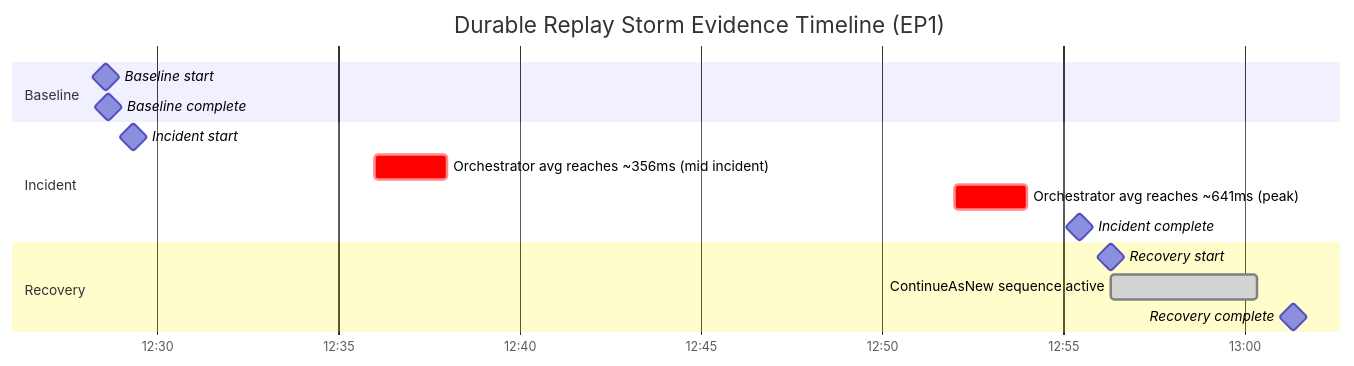
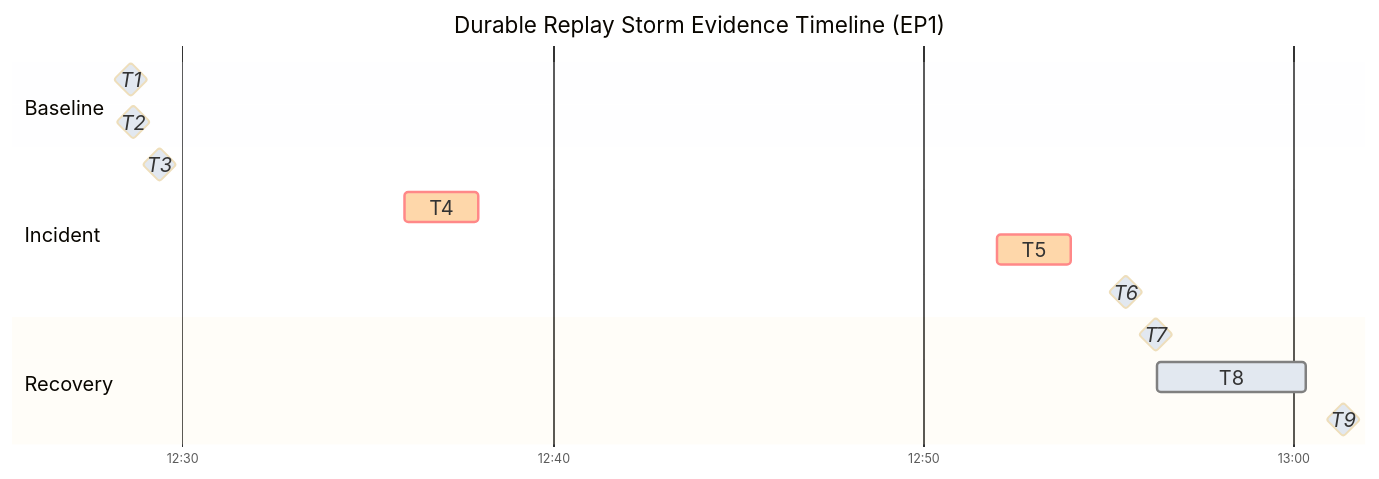
The sixth of 6 diagrams in docs/troubleshooting/lab-guides/durable-replay-storm.md (yeongseon/azure-functions-practical-guide), drawn with Mermaid before and after one commit. The commit also changed other lines of this file and 1 other file, not shown here.

First line of the commit message:
docs(diagrams): migrate Functions lab messaging and triggers — durable replay storm (#433)

````diff
--- a/docs/troubleshooting/lab-guides/durable-replay-storm.md
+++ b/docs/troubleshooting/lab-guides/durable-replay-storm.md
@@ -873,18 +936,22 @@
 ```mermaid
+%%{init: {"gantt":{"fontSize":16,"sectionFontSize":16,"leftPadding":95,"rightPadding":35,"barHeight":24,"barGap":10},"theme":"base","themeVariables":{"doneTaskBkgColor":"#e2e8f0","critBkgColor":"#fed7aa","taskBkgColor":"#e2e8f0"},"themeCSS":".grid .tick text{font-size:16px;fill:var(--md-default-fg-color);} .section{opacity:0;} .titleText{font-size:14px;fill:var(--md-default-fg-color);} .sectionTitle{fill:var(--md-default-fg-color);} .taskTextOutsideLeft,.taskTextOutsideRight{fill:var(--md-default-fg-color)!important;} .taskText{fill:#14202e!important;}"}}%%
 gantt
+    accTitle: Recorded EP1 evidence milestones
+    accDescr: Historical UTC milestones and spans retain baseline, incident and recovery times, the approximately 356 and 641 millisecond incident bins, and the ContinueAsNew interval. Short keys expand immediately below; no new run or evidence certification is claimed.
     title Durable Replay Storm Evidence Timeline (EP1)
     dateFormat  HH:mm:ss
     axisFormat  %H:%M
+    tickInterval 10minute
     section Baseline
-    Baseline start                                 :milestone, m1, 12:28:36, 0s
-    Baseline complete                              :milestone, m2, 12:28:41, 0s
+    T1 :milestone, m1, 12:28:36, 0s
+    T2 :milestone, m2, 12:28:41, 0s
     section Incident
-    Incident start                                 :milestone, m3, 12:29:22, 0s
-    Orchestrator avg reaches ~356ms (mid incident) :crit, i1, 12:36:00, 2m
-    Orchestrator avg reaches ~641ms (peak)         :crit, i2, 12:52:00, 2m
-    Incident complete                              :milestone, m4, 12:55:28, 0s
+    T3 :milestone, m3, 12:29:22, 0s
+    T4 :crit, i1, 12:36:00, 2m
+    T5 :crit, i2, 12:52:00, 2m
+    T6 :milestone, m4, 12:55:28, 0s
     section Recovery
-    Recovery start                                 :milestone, m5, 12:56:18, 0s
-    ContinueAsNew sequence active                  :done, r1, 12:56:20, 4m
-    Recovery complete                              :milestone, m6, 13:01:21, 0s
+    T7 :milestone, m5, 12:56:18, 0s
+    T8 :done, r1, 12:56:20, 4m
+    T9 :milestone, m6, 13:01:21, 0s
 ```
````
